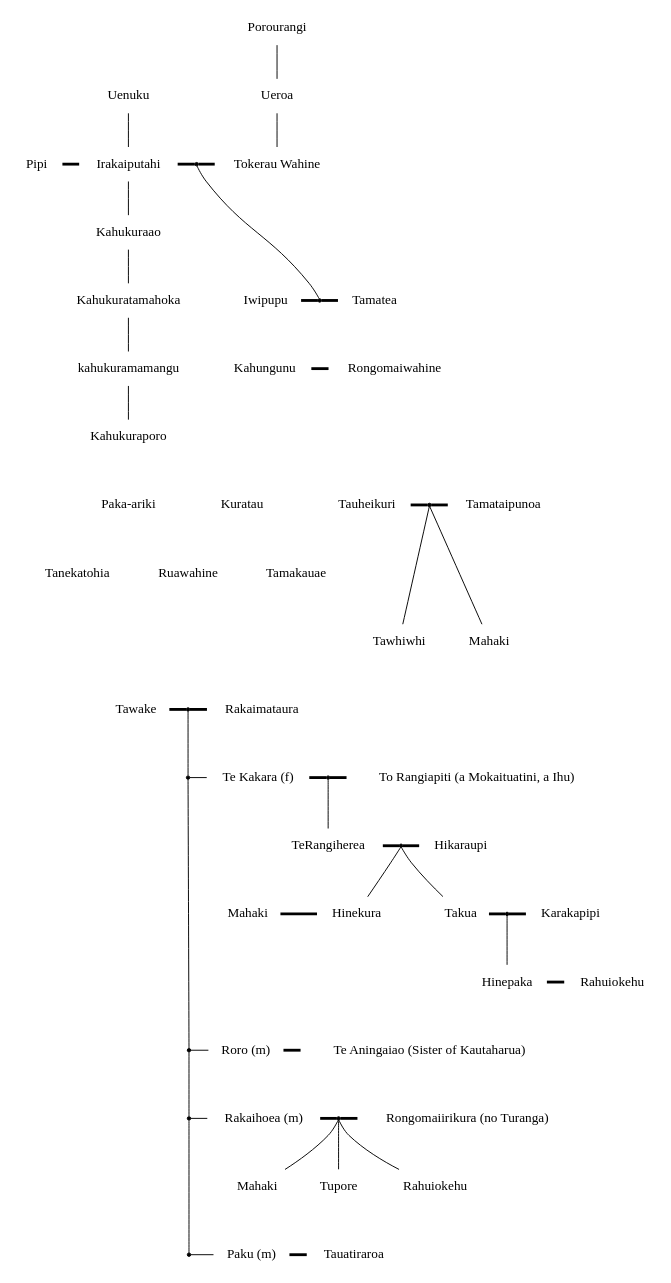
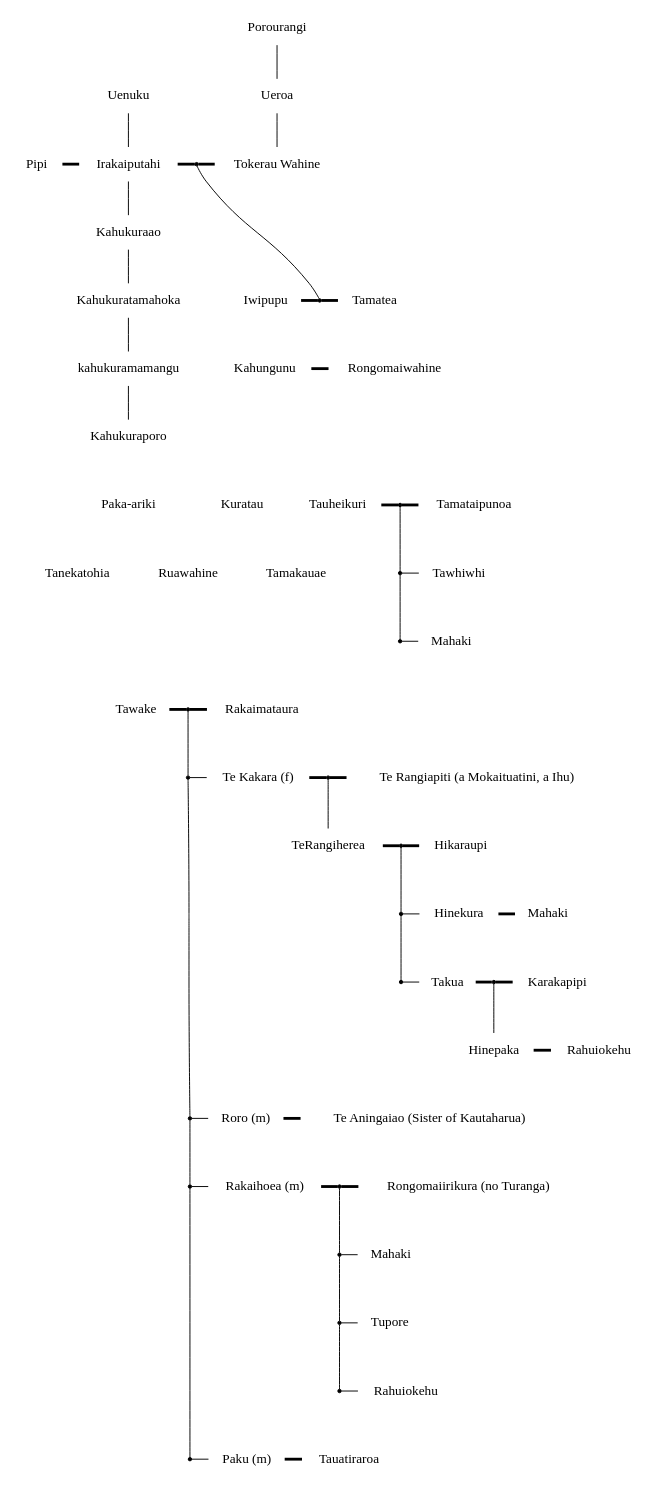
The diagram in Ina te whakapapa hei whakamarama - Diagram 1.dot (namelessmasses/whakapapa), drawn with Graphviz before and after one commit.

Commit message:
Ina te whakapapa hei whakamarama.dot - children as vertical hierarchy

```diff
--- a/Ina te whakapapa hei whakamarama - Diagram 1.dot
+++ b/Ina te whakapapa hei whakamarama - Diagram 1.dot
@@ -84,13 +84,18 @@
 
     { rank=same; Tanekatohia, Ruawahine, Tamakauae };
 
+    Tawhiwhi_row [shape=point, label=""];
     Tawhiwhi;
+    Tawhiwhi_row -- Tawhiwhi;
+    { rank=same; Tawhiwhi_row, Tawhiwhi };
+
+    Mahaki_0_row[shape=point, label=""];
     Mahaki_0 [label="Mahaki"];
+    Mahaki_0_row -- Mahaki_0;
+    { rank=same; Mahaki_0_row, Mahaki_0 };
 
-    { rank=same; Tawhiwhi, Mahaki_0 };
-
-    Tauheikuri_Tamataipunoa -- Tawhiwhi[minlen=2];
-    Tauheikuri_Tamataipunoa -- Mahaki_0[minlen=2];
+    Tauheikuri_Tamataipunoa -- Tawhiwhi_row;
+    Tawhiwhi_row -- Mahaki_0_row;
 
     Tawake;
     Rakaimataura;
@@ -101,38 +106,47 @@
 
     Ruawahine -- Tawake_Rakaimataura [style=invis,minlen=2];
 
-    subgraph cluster_TeKakara {
-        TeKakara_Row[shape=point, label=""];
-        TeKakara [label="Te Kakara (f)"];
-    }
+    TeKakara_Row[shape=point, label=""];
+    TeKakara [label="Te Kakara (f)"];
     Tawake_Rakaimataura -- TeKakara_Row;
 
     TeKakara_TeRangiapiti [shape=point, label=""];
-    TeRangiapiti [label="To Rangiapiti (a Mokaituatini, a Ihu)"];
+    TeRangiapiti [label="Te Rangiapiti (a Mokaituatini, a Ihu)"];
 
     { rank=same; TeKakara_Row, TeKakara, TeKakara_TeRangiapiti, TeRangiapiti };
     TeKakara_Row -- TeKakara;
     TeKakara -- TeKakara_TeRangiapiti -- TeRangiapiti[penwidth=3];
     
     TeRangiherea;
-    TeKakara_TeRangiapiti -- TeRangiherea [weight=10];
+    TeKakara_TeRangiapiti -- TeRangiherea;
 
     TeRangiherea_Hikaraupi [shape=point, label=""];
     Hikaraupi;
-    { rank=same; TeRangiherea, TeRangiherea_Hikaraupi, Hikaraupi };
+
     TeRangiherea -- TeRangiherea_Hikaraupi -- Hikaraupi[penwidth=3];
 
+    { rank=same; TeRangiherea, TeRangiherea_Hikaraupi, Hikaraupi };
+
+    Hinekura_row [shape=point, label=""];
     Hinekura;
-    TeRangiherea -- Hinekura [style=invis];
+    Hinekura_row -- Hinekura;
+    Mahaki_1 [label="Mahaki"];
+    Hinekura -- Mahaki_1 [penwidth=3];
+    { rank=same; Hinekura_row, Hinekura, Mahaki_1 }
+
+    TeRangiherea_Hikaraupi -- Hinekura_row;
+
+    Takua_row [shape=point, label=""];
     Takua;
-    Hikaraupi -- Takua [style=invis,weight=10];
+    Takua_row -- Takua;
+    { rank=same; Takua_row, Takua };
 
-    TeRangiherea_Hikaraupi -- Hinekura;
-    TeRangiherea_Hikaraupi -- Takua;
+    Hinekura_row -- Takua_row;
 
     Karakapipi;
     Takua_Karakapipi [shape=point, label=""];
     Takua -- Takua_Karakapipi -- Karakapipi[penwidth=3];
+    { rank=same; Takua, Takua_Karakapipi, Karakapipi };
 
     Hinepaka;
     Takua_Karakapipi -- Hinepaka;
@@ -141,28 +155,17 @@
 
     { rank=same; Hinepaka, Rahuiokehu_0 };
 
-    Mahaki_1 [label="Mahaki"];
-    Mahaki_1 -- Hinekura[penwidth=3];
-    Hinekura -- Takua [style=invis];
-    
-    { rank=same; Mahaki_1, Hinekura, Takua, Takua_Karakapipi, Karakapipi };
+    Roro_row [shape=point, label=""];
+    Roro [label="Roro (m)"];
 
-    subgraph cluster_Roro {
-        Roro_row [shape=point, label=""];
-        Roro [label="Roro (m)"];
-    }
-
-    TeKakara_Row -- Roro_row;
+    TeKakara_Row -- Roro_row[minlen=5];
+    TeKakara -- Roro[style=invis];
 
     TeAningaiao [label="Te Aningaiao (Sister of Kautaharua)"];
     Roro_row -- Roro;
     Roro -- TeAningaiao[penwidth=3];
 
     { rank=same; Roro_row, Roro, TeAningaiao };
-
-    TeKakara -- Mahaki_1 [style=invis,minlen=2];
-
-    Mahaki_1 -- Roro [style=invis,minlen=2];
 
     Rakaihoea_row [shape=point, label=""];
     Roro_row -- Rakaihoea_row;
@@ -176,25 +179,30 @@
 
     { rank=same; Rakaihoea_row, Rakaihoea, Rakaihoea_Rongomaiirikura, Rongomaiirikura };
 
+    Mahaki_2_row [shape=point, label=""];
     Mahaki_2 [label="Mahaki"];
+    Mahaki_2_row -- Mahaki_2;
+    { rank=same; Mahaki_2_row, Mahaki_2 };
+
+    Tupore_row [shape=point, label=""];
     Tupore;
+    Tupore_row -- Tupore;
+    { rank=same; Tupore_row, Tupore };
+
+    Rahuiokehu_1_row [shape=point, label=""];
     Rahuiokehu_1 [label="Rahuiokehu"];
+    Rahuiokehu_1_row -- Rahuiokehu_1;
+    { rank=same; Rahuiokehu_1_row, Rahuiokehu_1 };
 
-    Rakaihoea_Rongomaiirikura -- Mahaki_2;
-    Rakaihoea_Rongomaiirikura -- Tupore;
-    Rakaihoea_Rongomaiirikura -- Rahuiokehu_1;
+    Rakaihoea_Rongomaiirikura -- Mahaki_2_row;
+    Mahaki_2_row -- Tupore_row;
+    Tupore_row -- Rahuiokehu_1_row;
 
-    { rank=same; Mahaki_2, Tupore, Rahuiokehu_1 };
+    Rakaihoea_row -- Paku_row[minlen=4];
 
     Paku_row [shape=point, label=""];
-
-    Rakaihoea -- Mahaki_2 [style=invis];
-
-    Rakaihoea_row -- Paku_row[weight=10];
-
     Paku [label="Paku (m)"];
     Paku_row -- Paku;
-    Mahaki_2 -- Paku [style=invis];
 
     Tauatiraroa;
 
```
